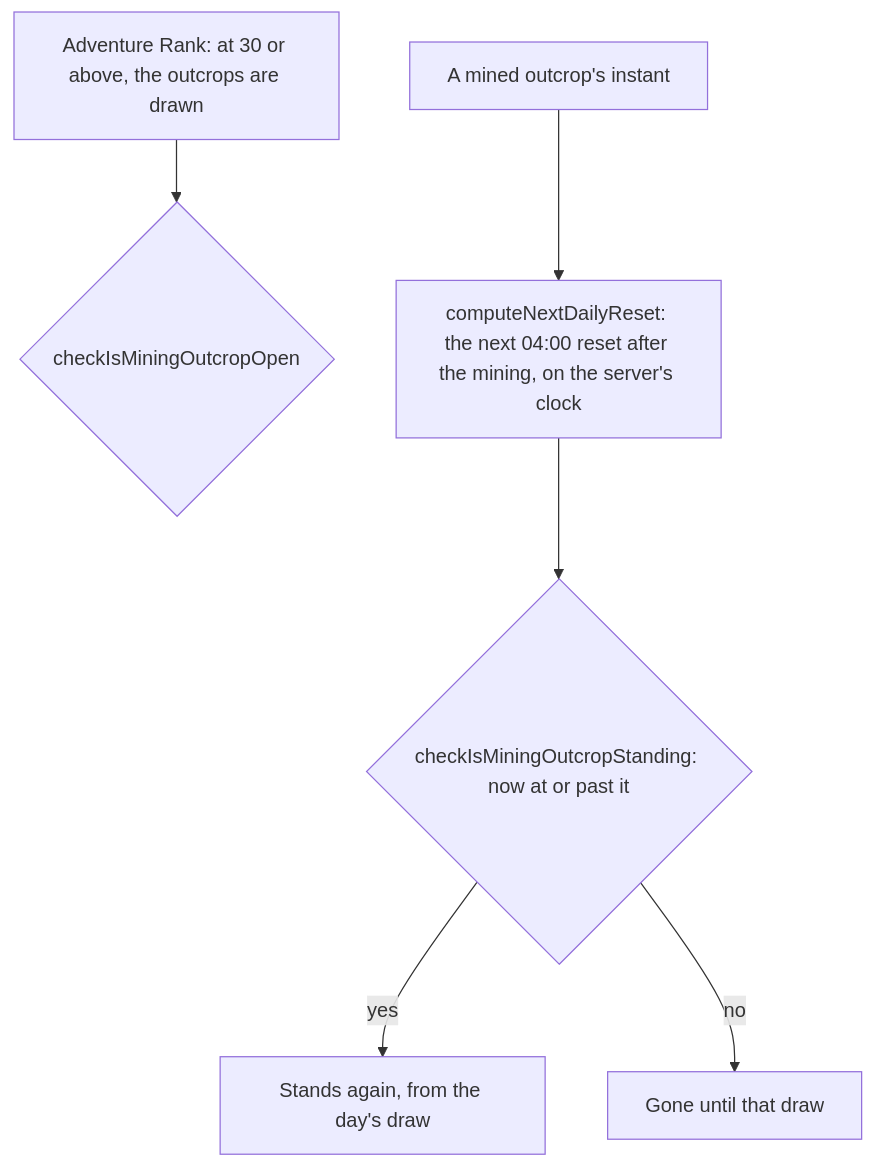
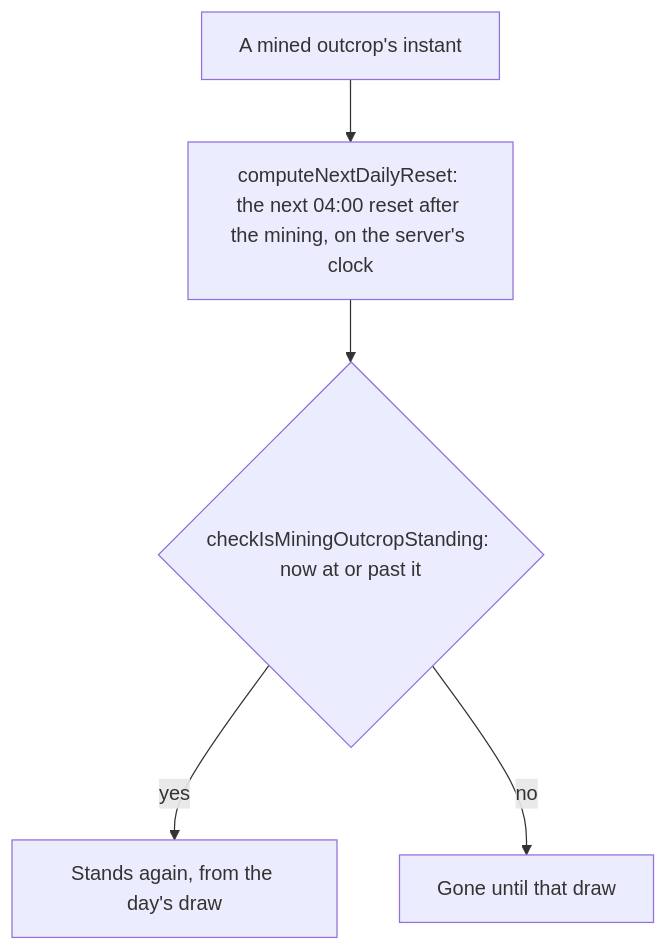
One commit to Esposter/Esposter changed the diagram in openspec/specs/genshin/mining-outcrops/design.md. Above: the diagram before and after it, drawn with Mermaid. The commit also changed other lines of this file and 12 other files, not shown here.

````diff
--- a/openspec/specs/genshin/mining-outcrops/design.md
+++ b/openspec/specs/genshin/mining-outcrops/design.md
@@ -7,8 +7,7 @@
 ```mermaid
 flowchart TD
-  R["Adventure Rank: at 30 or above, the outcrops are drawn"] --> O{"checkIsMiningOutcropOpen"}
   M["A mined outcrop's instant"] --> P["computeNextDailyReset: the next 04:00 reset after the mining, on the server's clock"]
   P --> S{"checkIsMiningOutcropStanding: now at or past it"}
   S -->|"yes"| D["Stands again, from the day's draw"]
   S -->|"no"| G["Gone until that draw"]
 ```
````
